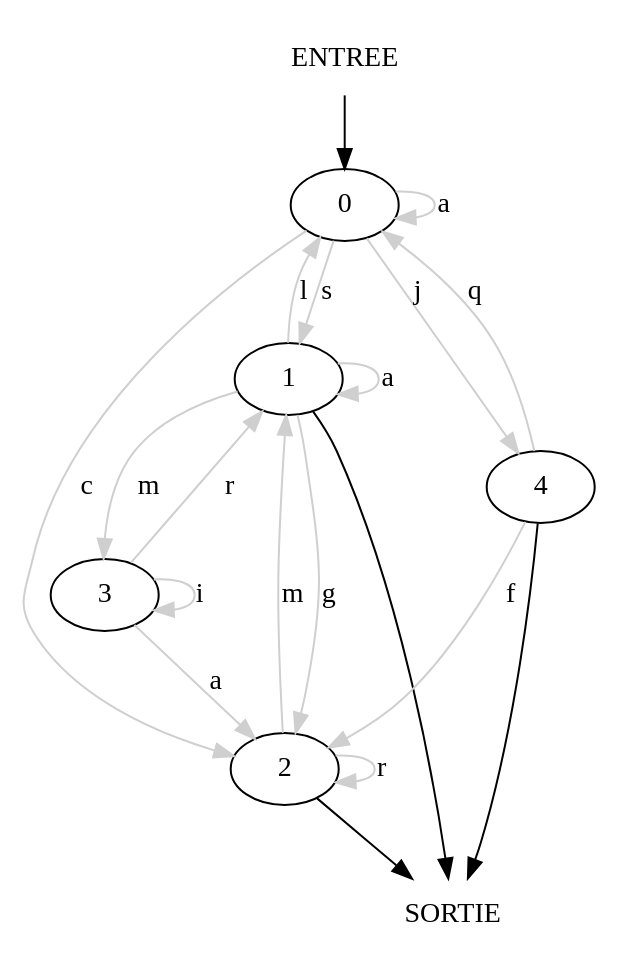
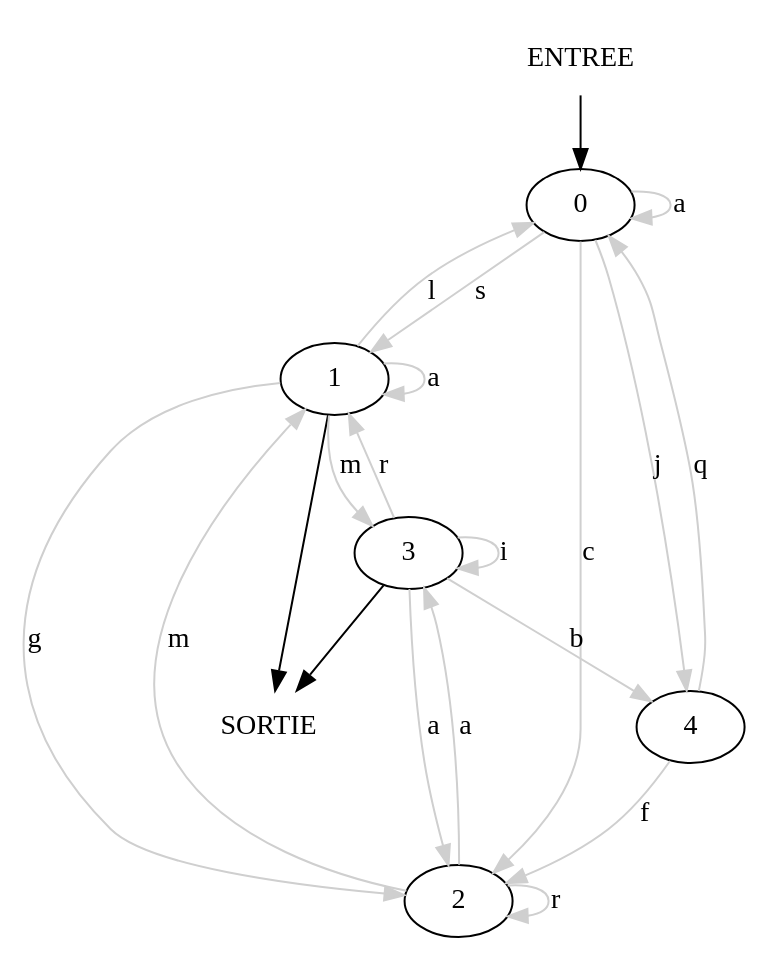
Before and after one commit to Y7T007/PROJECT_THL_GI: the diagram in cmake-build-debug/ff2.dot, drawn with Graphviz. The commit also changed 56 other files, not shown here.

```diff
--- a/cmake-build-debug/ff2.dot
+++ b/cmake-build-debug/ff2.dot
@@ -1,27 +1,28 @@
 digraph test_graph{
 e[ label="ENTREE" shape=none]
 s[ label="SORTIE" shape=none]
 0 [label="0"]
 1 [label="1"]
 2 [label="2"]
 3 [label="3"]
 4 [label="4"];
 e -> 0  ;
 0 -> 0 [label="a" color=grey81 ] 
 0 -> 1 [label="s" color=grey81 ] 
 0 -> 2 [label="c" color=grey81 ] 
 0 -> 4 [label="j" color=grey81 ] 
 1 -> 0 [label="l" color=grey81 ] 
 1 -> 1 [label="a" color=grey81 ] 
 1 -> 2 [label="g" color=grey81 ] 
 1 -> 3 [label="m" color=grey81 ] 
 1 -> s ;
 2 -> 1 [label="m" color=grey81 ] 
 2 -> 2 [label="r" color=grey81 ] 
-2 -> s ;
+2 -> 3 [label="a" color=grey81 ] 
 3 -> 1 [label="r" color=grey81 ] 
 3 -> 2 [label="a" color=grey81 ] 
 3 -> 3 [label="i" color=grey81 ] 
+3 -> 4 [label="b" color=grey81 ] 
+3 -> s ;
 4 -> 0 [label="q" color=grey81 ] 
-4 -> 2 [label="f" color=grey81 ] 
-4 -> s ;}
+4 -> 2 [label="f" color=grey81 ] }
```
